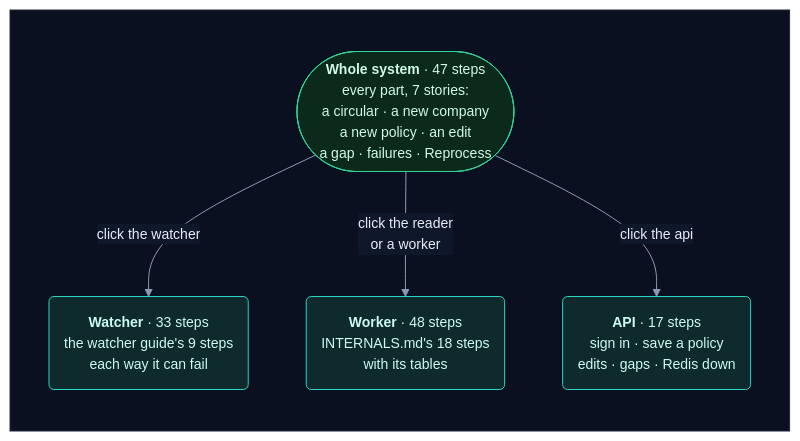
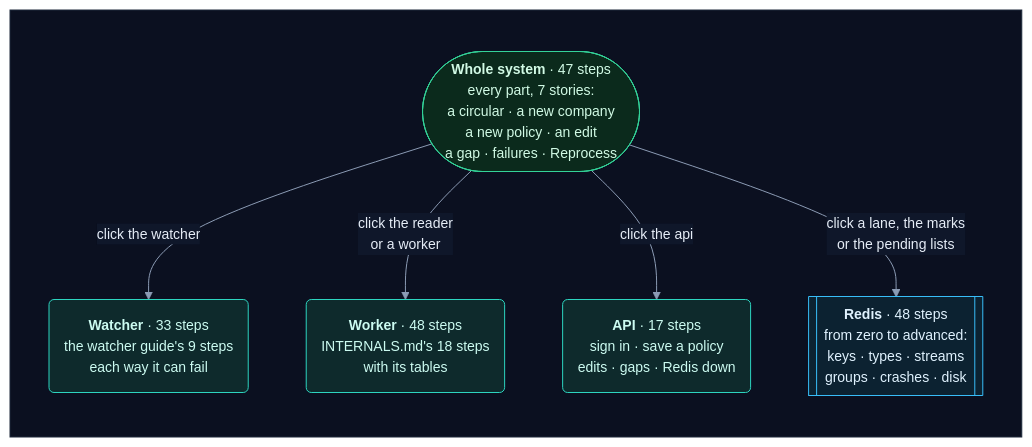
Before and after one commit to selvakumarperumal/Regulatory_Circular_Impact_Agent: diagram 47 of 57 in how_it_works.md, drawn with Mermaid. The commit also changed other lines of this file and 8 other files, not shown here.

Commit message:
Add a Redis tab to How it works: Redis from zero to advanced, with this app's keys and real answers

````diff
--- a/how_it_works.md
+++ b/how_it_works.md
@@ -2408,16 +2408,19 @@
 ```mermaid
 %%{init: {"theme": "base", "flowchart": {"diagramPadding": 0, "nodeSpacing": 58, "rankSpacing": 58, "curve": "basis"}, "themeVariables": {"fontSize": "14px", "darkMode": true, "primaryColor": "#16213a", "primaryTextColor": "#e6edf7", "primaryBorderColor": "#475a7a", "lineColor": "#8b9bb4", "secondaryColor": "#1b2436", "tertiaryColor": "#101a2e", "edgeLabelBackground": "#0f172a", "textColor": "#e2e8f0", "clusterBkg": "#0f1728", "clusterBorder": "#2b3a55", "titleColor": "#c4b5fd", "nodeTextColor": "#e6edf7"}}}%%
 flowchart TD
     subgraph canvas[" "]
         direction TB
         sys(["<b>Whole system</b> · 47 steps<br/>every part, 7 stories:<br/>a circular · a new company<br/>a new policy · an edit<br/>a gap · failures · Reprocess"])
         sys -->|"click the watcher"| wa("<b>Watcher</b> · 33 steps<br/>the watcher guide's 9 steps<br/>each way it can fail")
         sys -->|"click the reader<br/>or a worker"| wo("<b>Worker</b> · 48 steps<br/>INTERNALS.md's 18 steps<br/>with its tables")
         sys -->|"click the api"| ap("<b>API</b> · 17 steps<br/>sign in · save a policy<br/>edits · gaps · Redis down")
+        sys -->|"click a lane, the marks<br/>or the pending lists"| rd[["<b>Redis</b> · 48 steps<br/>from zero to advanced:<br/>keys · types · streams<br/>groups · crashes · disk"]]
     end
     classDef svc fill:#0e2a2c,stroke:#2dd4bf,color:#ccfbf1
     classDef ok fill:#0b2a1c,stroke:#34d399,color:#d1fae5
     class sys ok
+    classDef queue fill:#0c2231,stroke:#38bdf8,color:#e0f2fe
     class wa,wo,ap svc
+    class rd queue
     style canvas fill:#0b1020,stroke:#1e293b,color:#0b1020
 ```
````
